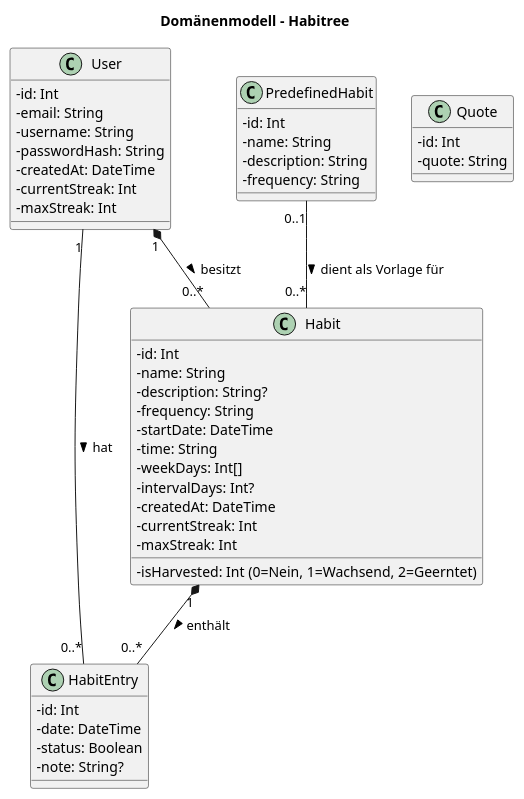
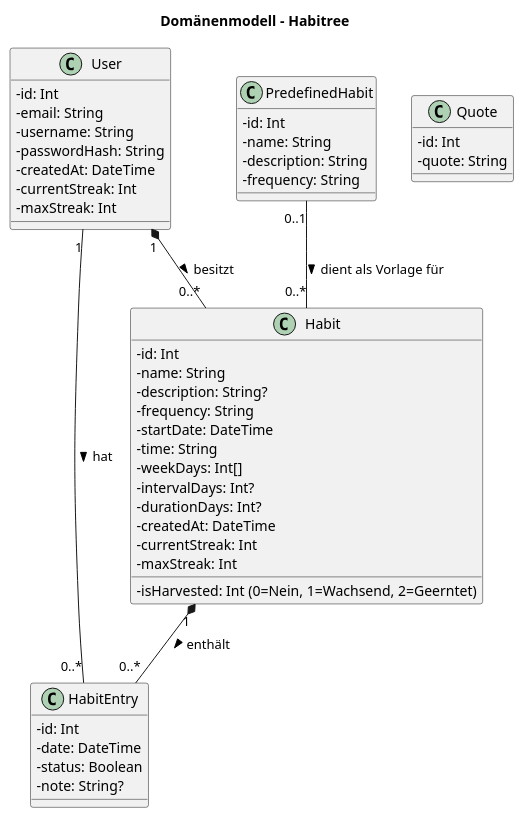
Before and after one commit to laurenzzzzzz/htwd-se1-habitree: the diagram in docs/requirements/plantuml/Domänenmodell.plantuml, drawn with PlantUML.

Commit message:
Update Domänenmodell.plantuml Ergänzung durationDays Für Dauer des Habits

```diff
--- a/docs/requirements/plantuml/Domänenmodell.plantuml
+++ b/docs/requirements/plantuml/Domänenmodell.plantuml
@@ -1,64 +1,65 @@
 @startuml
 title Domänenmodell – Habitree
 
 skinparam classAttributeIconSize 0
 
 '=======================
 ' Hauptklassen (Kernmodell)
 '=======================
 
 class User {
   - id: Int
   - email: String
   - username: String
   - passwordHash: String
   - createdAt: DateTime
   - currentStreak: Int
   - maxStreak: Int
 }
 
 class Habit {
   - id: Int
   - name: String
   - description: String?
   - frequency: String
   - startDate: DateTime
   - time: String
   - weekDays: Int[]
   - intervalDays: Int?
+  - durationDays: Int?
   - createdAt: DateTime
   - currentStreak: Int
   - maxStreak: Int
   - isHarvested: Int (0=Nein, 1=Wachsend, 2=Geerntet)
 }
 
 class HabitEntry {
   - id: Int
   - date: DateTime
   - status: Boolean
   - note: String?
 }
 
 class PredefinedHabit {
   - id: Int
   - name: String
   - description: String
   - frequency: String
 }
 
 class Quote {
   - id: Int
   - quote: String
 }
 
 '=======================
 ' Beziehungen
 '=======================
 
 User "1" *-- "0..*" Habit : besitzt >
 User "1" -- "0..*" HabitEntry : hat >
 
 PredefinedHabit "0..1" -- "0..*" Habit : dient als Vorlage für >
 Habit "1" *-- "0..*" HabitEntry : enthält >
 
 @enduml
```
